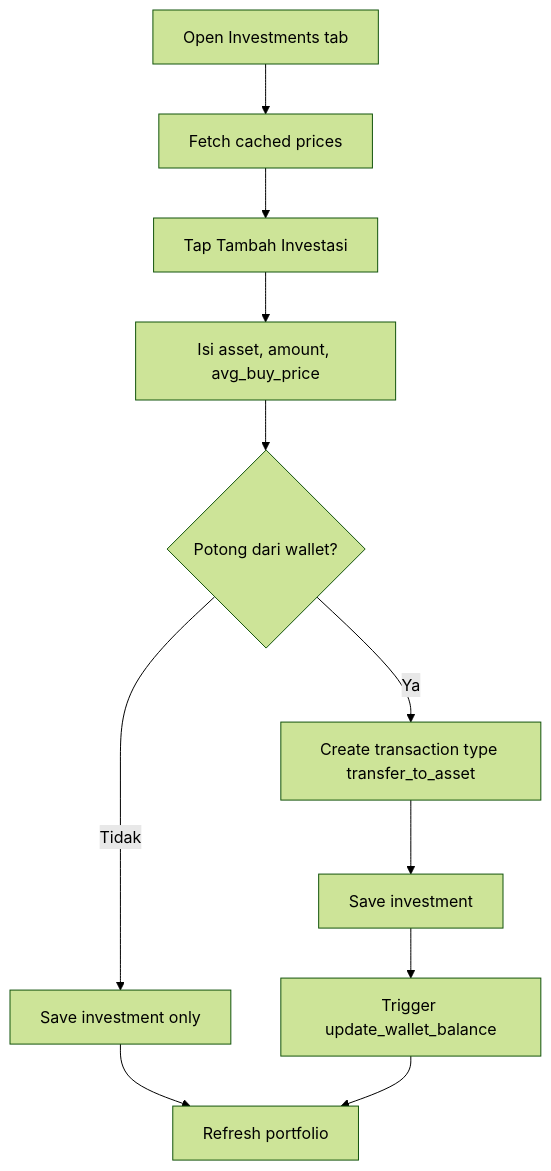
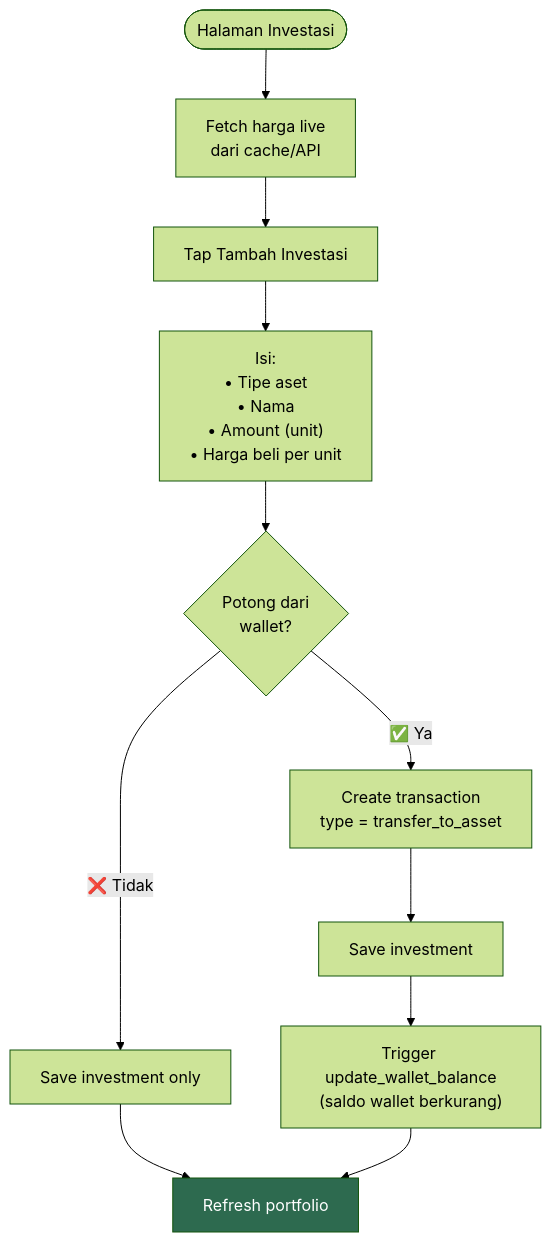
One commit to achyusuf10/Saku-Rapi-Mobile changed the tenth of 15 diagrams in docs/01_PRD.md. Above: the diagram before and after it, drawn with Mermaid (forest theme). The commit also changed other lines of this file and 65 other files, not shown here.

````diff
--- a/docs/01_PRD.md
+++ b/docs/01_PRD.md
@@ -317,13 +514,17 @@
 ```mermaid
 flowchart TD
-    A[Open Investments tab] --> B[Fetch cached prices]
+    A([Halaman Investasi]) --> B[Fetch harga live\ndari cache/API]
     B --> C[Tap Tambah Investasi]
-    C --> D[Isi asset, amount, avg_buy_price]
-    D --> E{Potong dari wallet?}
-    E -->|Tidak| F[Save investment only]
-    E -->|Ya| G[Create transaction type transfer_to_asset]
+    C --> D["Isi:\n• Tipe aset\n• Nama\n• Amount (unit)\n• Harga beli per unit"]
+    D --> E{Potong dari\nwallet?}
+
+    E -->|❌ Tidak| F[Save investment only]
+    E -->|✅ Ya| G["Create transaction\ntype = transfer_to_asset"]
     G --> H[Save investment]
-    H --> I[Trigger update_wallet_balance]
+    H --> I["Trigger update_wallet_balance\n(saldo wallet berkurang)"]
+
     F --> J[Refresh portfolio]
     I --> J
+
+    style J fill:#2d6a4f,color:#fff
 ```
````
